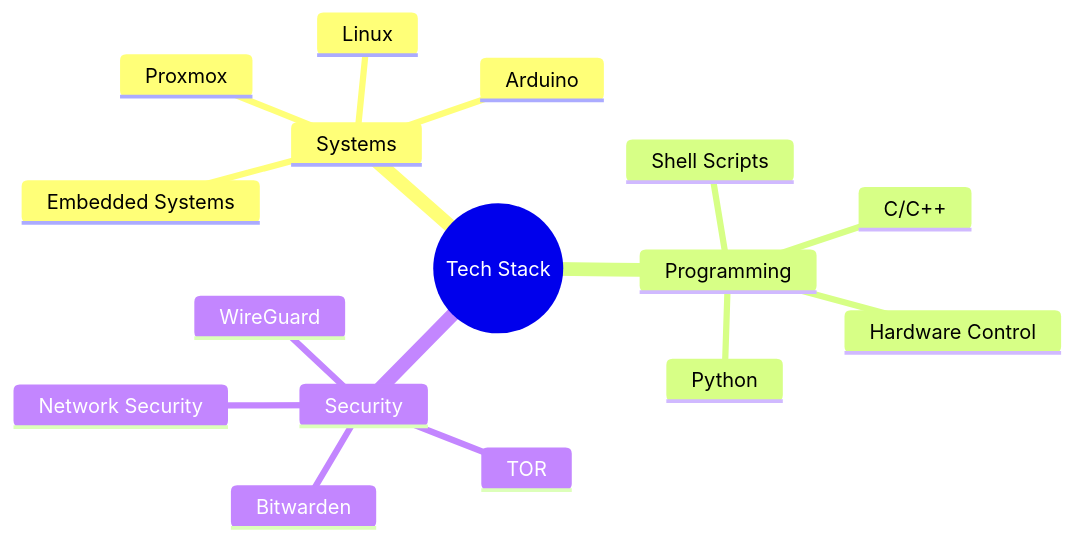
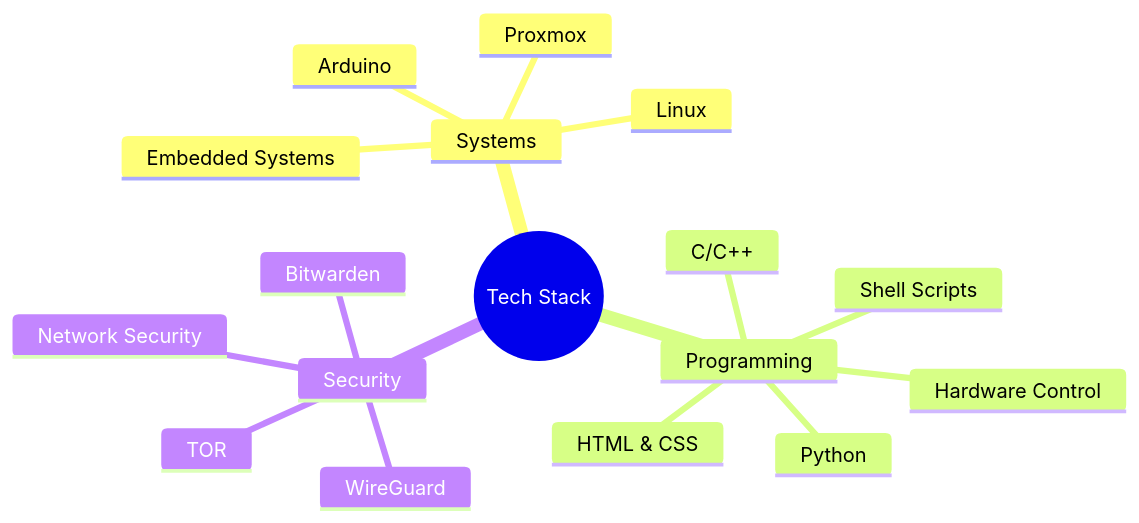
One commit to vetronics/vetronics changed the diagram in README.md. Above: the diagram before and after it, drawn with Mermaid. The commit also changed other lines of this file, not shown here.

````diff
--- a/README.md
+++ b/README.md
@@ -14,19 +14,20 @@
 ```mermaid
 mindmap
   root((Tech Stack))
     Systems
       Linux
       Proxmox
       Arduino
       Embedded Systems
     Programming
       C/C++
       Python
       Shell Scripts
       Hardware Control
+      HTML & CSS
     Security
       WireGuard
       TOR
       Bitwarden
       Network Security
 ```
````
